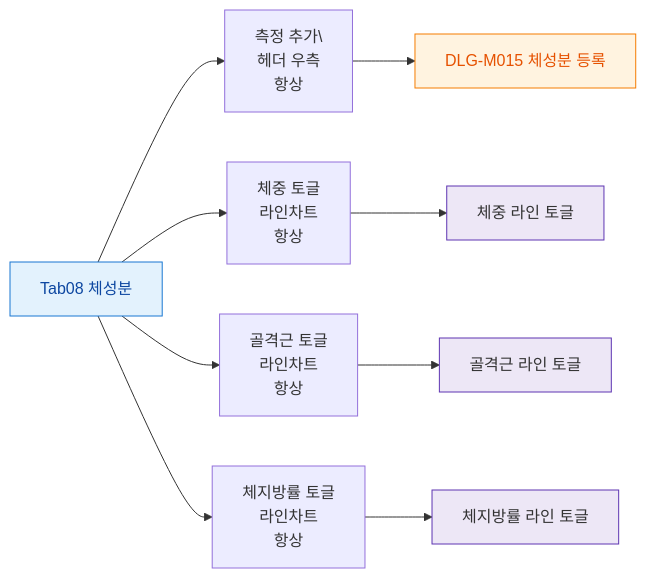
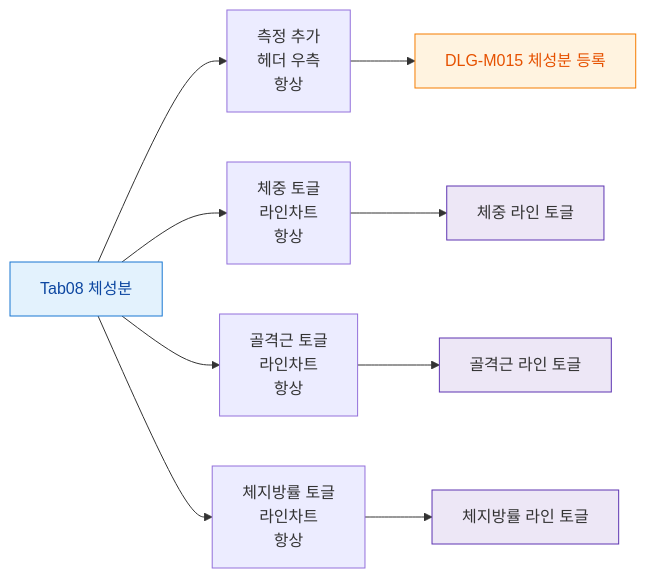
One commit to dev-spogym/admin-pando changed the diagram in docs/admin/다이어그램/D02_회원관리/SCR-M004_회원상세/Tab08_체성분/F3_버튼액션.md. Above: the diagram before and after it, drawn with Mermaid. The commit also changed 369 other files, not shown here.

````diff
--- a/docs/admin/다이어그램/D02_회원관리/SCR-M004_회원상세/Tab08_체성분/F3_버튼액션.md
+++ b/docs/admin/다이어그램/D02_회원관리/SCR-M004_회원상세/Tab08_체성분/F3_버튼액션.md
@@ -20,19 +20,19 @@
 ```mermaid
 flowchart LR
-  TAB[Tab08 체성분] --> B1[측정 추가\\n헤더 우측\n항상]
+  TAB[Tab08 체성분] --> B1[측정 추가<br/>헤더 우측\n항상]
   TAB --> B2[체중 토글\n라인차트\n항상]
   TAB --> B3[골격근 토글\n라인차트\n항상]
   TAB --> B4[체지방률 토글\n라인차트\n항상]
 
   B1 --> DLG_M015[DLG-M015 체성분 등록]
   B2 --> T_WEIGHT[체중 라인 토글]
   B3 --> T_MUSCLE[골격근 라인 토글]
   B4 --> T_FAT[체지방률 라인 토글]
 
   classDef screen fill:#E3F2FD,stroke:#1976D2,color:#0D47A1
   classDef modal fill:#FFF3E0,stroke:#F57C00,color:#E65100
   classDef system fill:#EDE7F6,stroke:#5E35B2
   class TAB screen
   class DLG_M015 modal
   class T_WEIGHT,T_MUSCLE,T_FAT system
 ```
````
